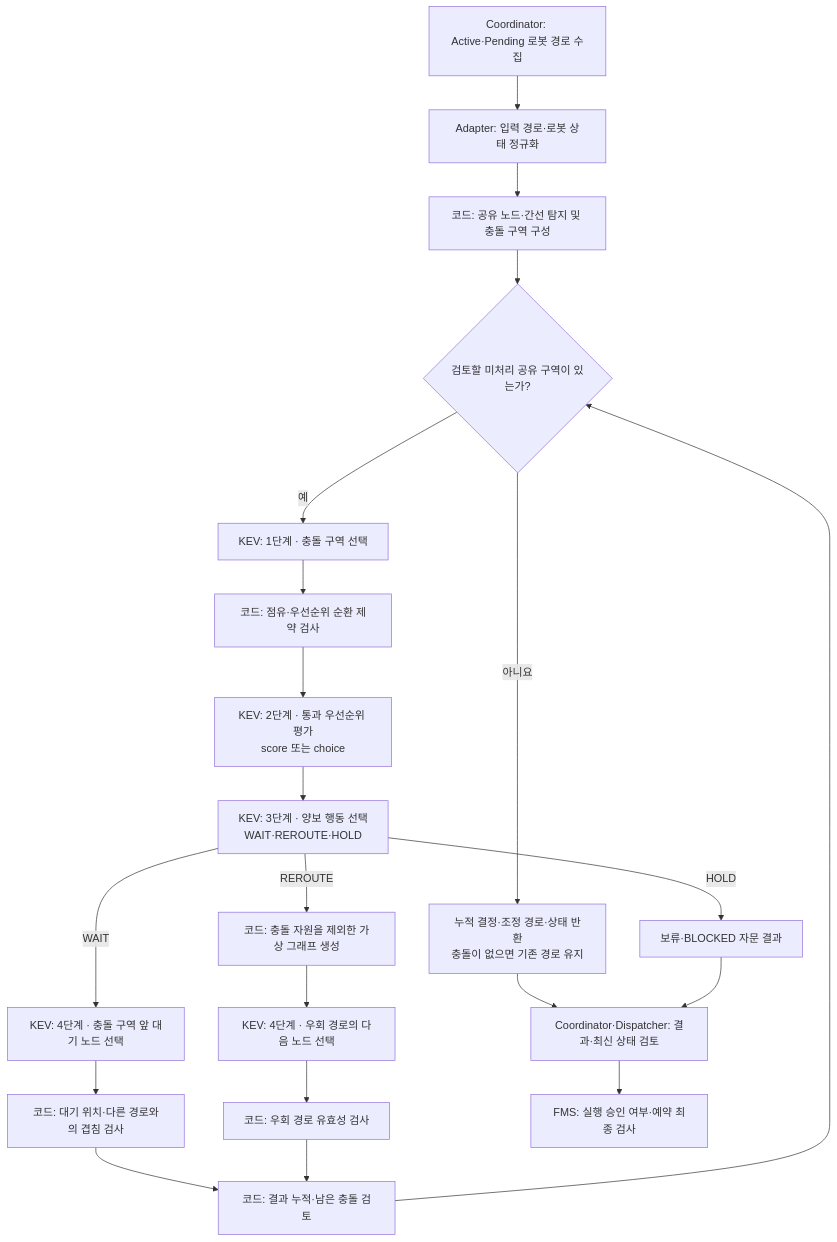
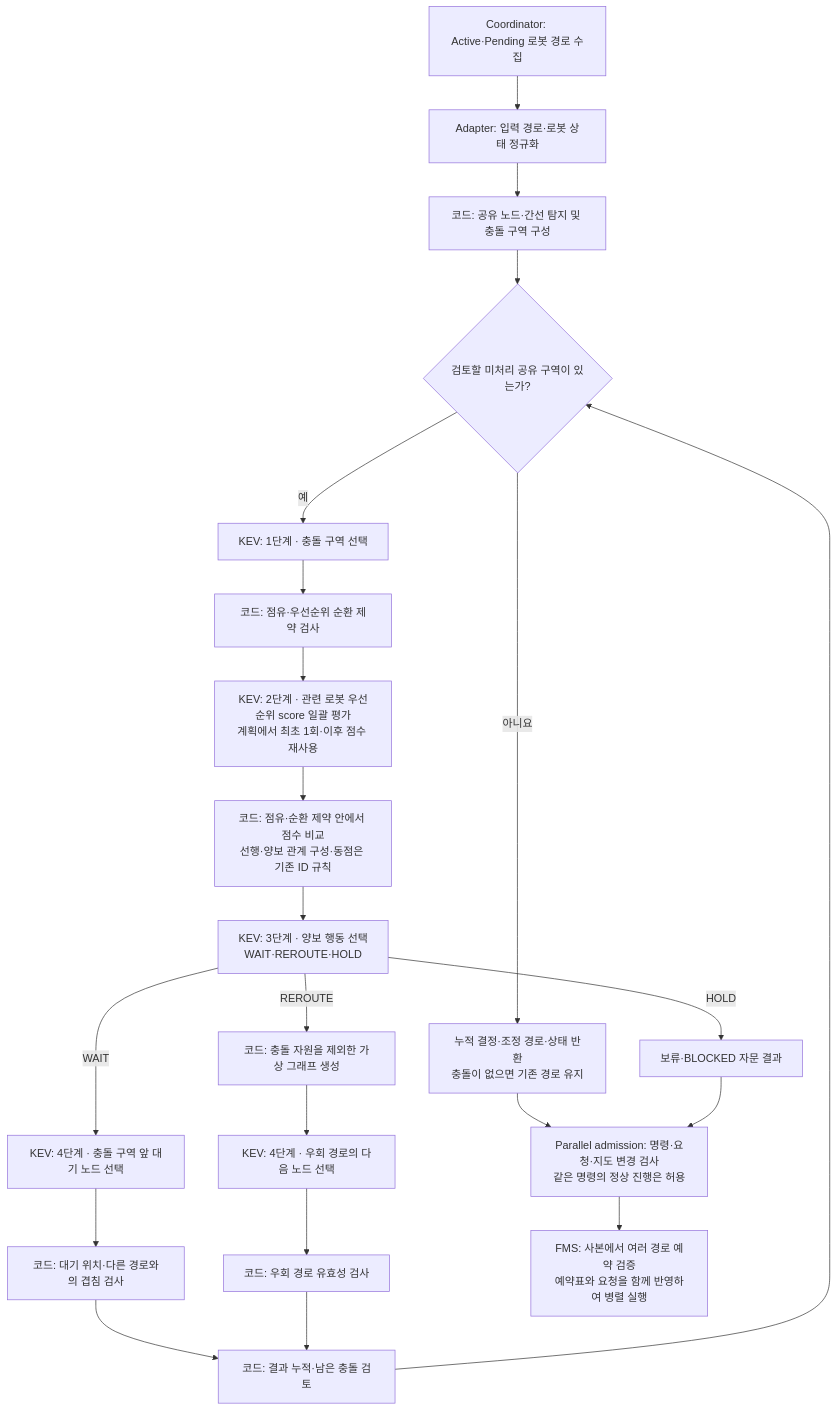
The second of 6 diagrams in docs/kev_mapf_flowchart.md (E1I6-Logistics/Logistics_AI), drawn with Mermaid before and after one commit. The commit also changed other lines of this file and 40 other files, not shown here.

First line of the commit message:
fix(mapf): restore parallel KEV orders and encapsulate execution

````diff
--- a/docs/kev_mapf_flowchart.md
+++ b/docs/kev_mapf_flowchart.md
@@ -106,26 +113,27 @@
 ```mermaid
 flowchart TD
     A["Coordinator: Active·Pending 로봇 경로 수집"] --> B["Adapter: 입력 경로·로봇 상태 정규화"]
     B --> C["코드: 공유 노드·간선 탐지 및 충돌 구역 구성"]
     C --> D{"검토할 미처리 공유 구역이 있는가?"}
     D -- 아니요 --> P["누적 결정·조정 경로·상태 반환<br/>충돌이 없으면 기존 경로 유지"]
     D -- 예 --> E["KEV: 1단계 · 충돌 구역 선택"]
     E --> F["코드: 점유·우선순위 순환 제약 검사"]
-    F --> G["KEV: 2단계 · 통과 우선순위 평가<br/>score 또는 choice"]
-    G --> H["KEV: 3단계 · 양보 행동 선택<br/>WAIT·REROUTE·HOLD"]
+    F --> G["KEV: 2단계 · 관련 로봇 우선순위 score 일괄 평가<br/>계획에서 최초 1회·이후 점수 재사용"]
+    G --> GS["코드: 점유·순환 제약 안에서 점수 비교<br/>선행·양보 관계 구성·동점은 기존 ID 규칙"]
+    GS --> H["KEV: 3단계 · 양보 행동 선택<br/>WAIT·REROUTE·HOLD"]
 
     H -- WAIT --> I["KEV: 4단계 · 충돌 구역 앞 대기 노드 선택"]
     I --> J["코드: 대기 위치·다른 경로와의 겹침 검사"]
     J --> N["코드: 결과 누적·남은 충돌 검토"]
 
     H -- REROUTE --> K["코드: 충돌 자원을 제외한 가상 그래프 생성"]
     K --> L["KEV: 4단계 · 우회 경로의 다음 노드 선택"]
     L --> M["코드: 우회 경로 유효성 검사"]
     M --> N
 
     H -- HOLD --> O["보류·BLOCKED 자문 결과"]
     N --> D
-    P --> Q["Coordinator·Dispatcher: 결과·최신 상태 검토"]
+    P --> Q["Parallel admission: 명령·요청·지도 변경 검사<br/>같은 명령의 정상 진행은 허용"]
     O --> Q
-    Q --> R["FMS: 실행 승인 여부·예약 최종 검사"]
+    Q --> R["FMS: 사본에서 여러 경로 예약 검증<br/>예약표와 요청을 함께 반영하여 병렬 실행"]
 ```
````
